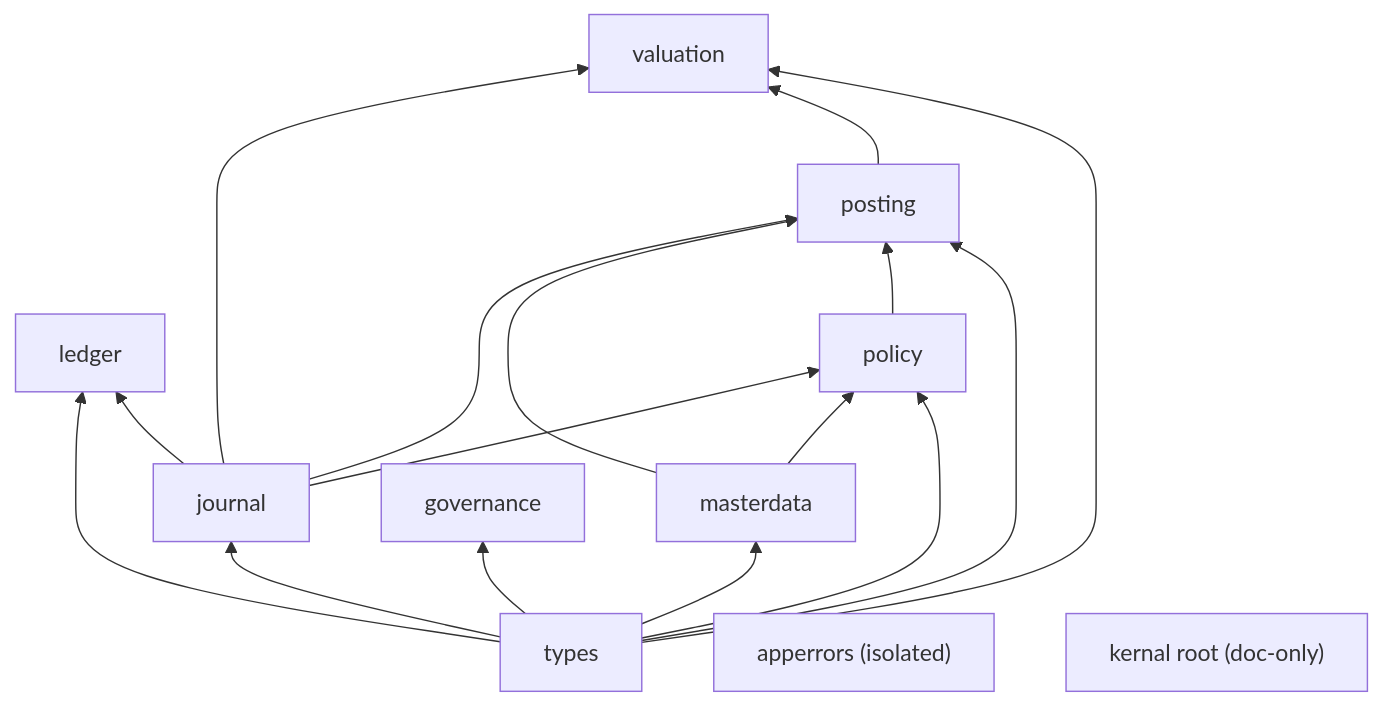
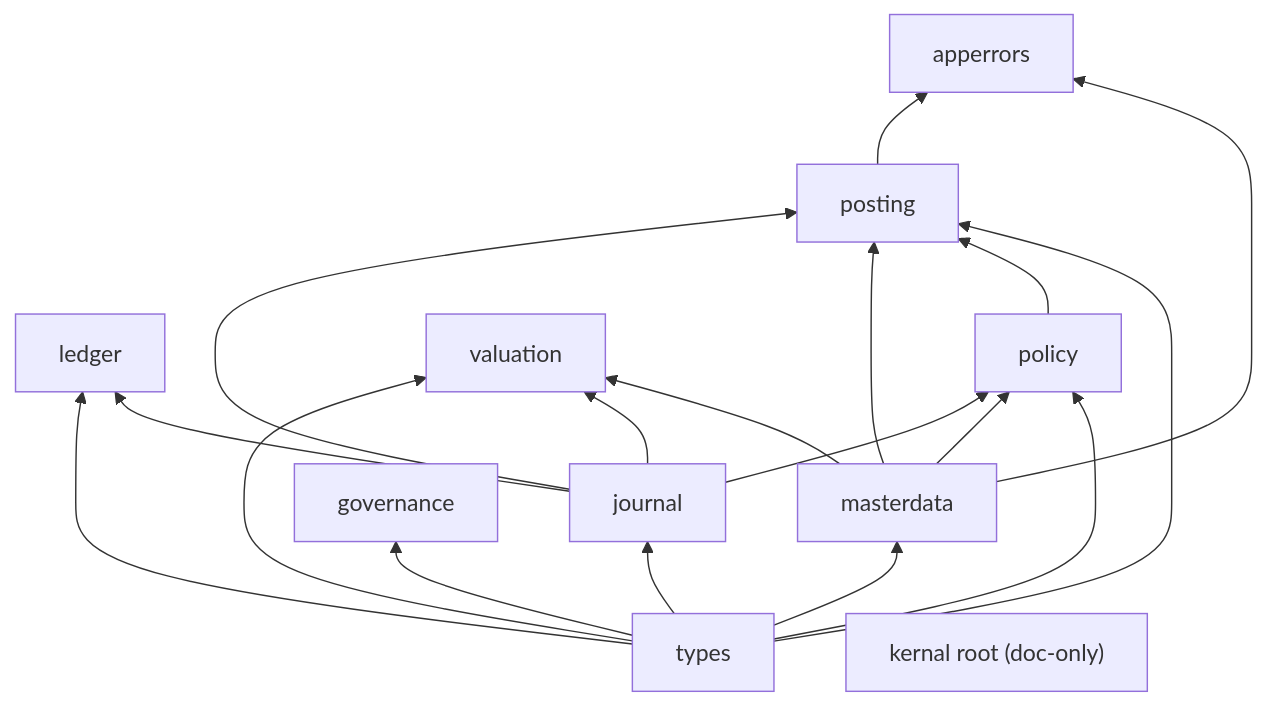
Before and after one commit to osmai4603-collab/accountant_engine: the first of 2 diagrams in docs/architecture/KERNEL_ARCHITECTURE_MAP.md, drawn with Mermaid. The commit also changed other lines of this file and 35 other files, not shown here.

````diff
--- a/docs/architecture/KERNEL_ARCHITECTURE_MAP.md
+++ b/docs/architecture/KERNEL_ARCHITECTURE_MAP.md
@@ -47,20 +47,21 @@
 ```mermaid
 flowchart BT
     T["types"] --> J["journal"]
     T --> L["ledger"]
     J --> L
     T --> M["masterdata"]
     T --> G["governance"]
     J --> P["policy"]
     M --> P
     T --> P
     J --> PO["posting"]
     M --> PO
     P --> PO
     T --> PO
-    J --> V["valuation"]
-    PO --> V
-    T --> V
-    AE["apperrors (isolated)"]
+    T --> V["valuation"]
+    J --> V
+    M --> V
+    PO --> AE["apperrors"]
+    M --> AE
     ROOT["kernal root (doc-only)"]
 ```
````
